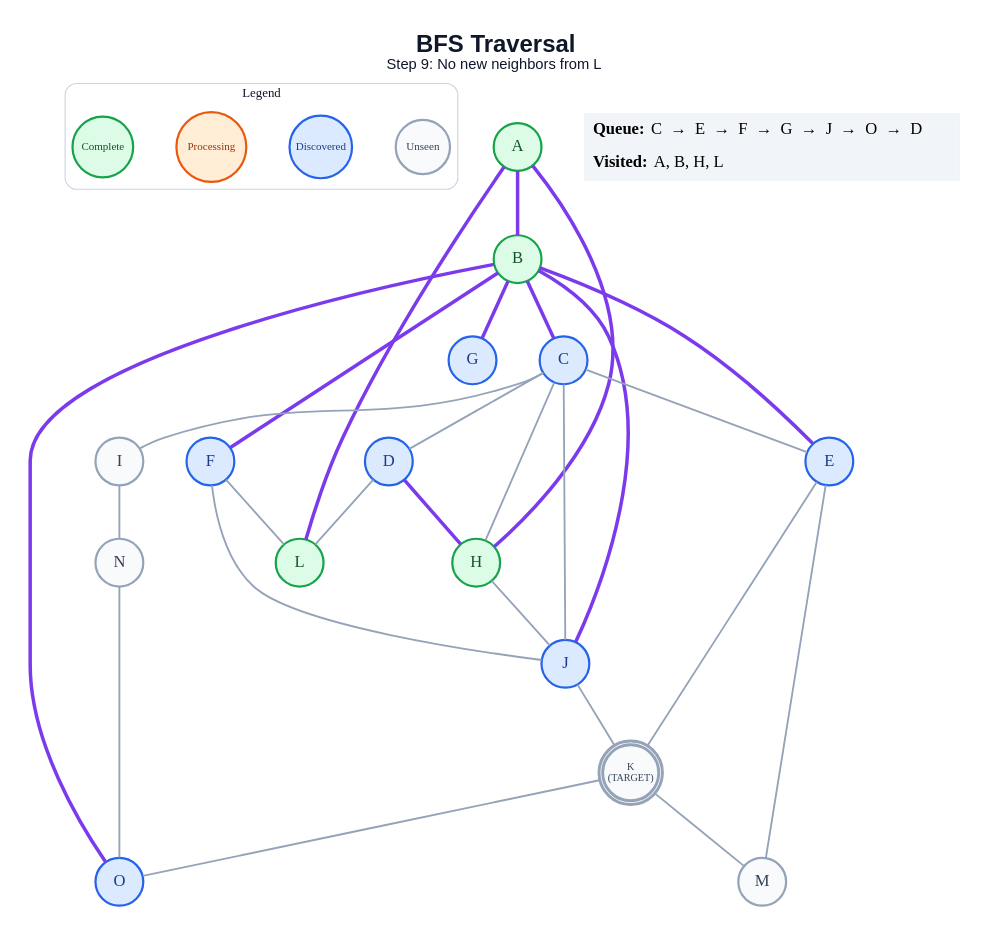
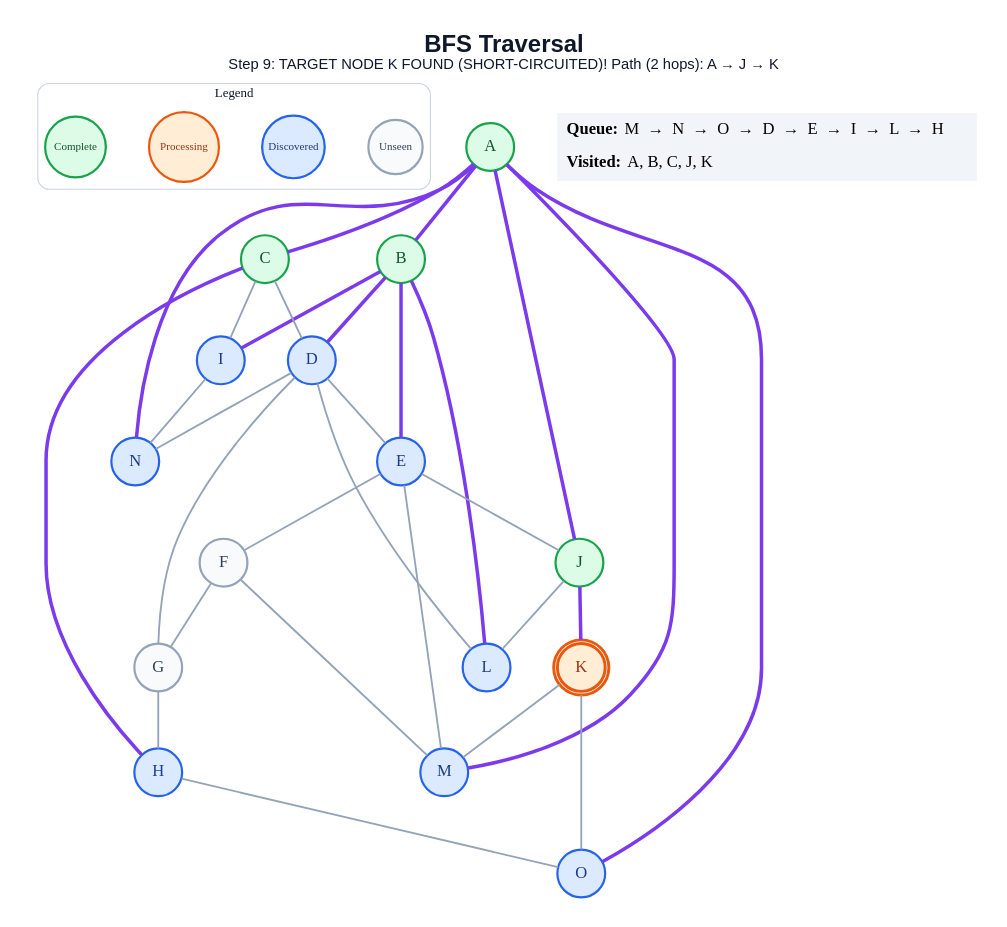
Before and after one commit to anon7238593-create/ai-slop: the diagram in generated/short-circuit/bfs/step_09.dot, drawn with Graphviz. The commit also changed 303 other files, not shown here.

```diff
--- a/generated/short-circuit/bfs/step_09.dot
+++ b/generated/short-circuit/bfs/step_09.dot
@@ -1,60 +1,63 @@
 graph traversal {
   graph [layout=dot, rankdir=TB, bgcolor="#FFFFFF", pad="0.35", nodesep="0.65", ranksep="0.8", fontname="Arial"];
   node [shape=circle, style="filled", fontname="Arial Bold", fontsize=18, width=0.72, fixedsize=true, penwidth=2.4];
   edge [color="#94A3B8", penwidth=2.0];
-  label=<<B>BFS Traversal</B><BR/><FONT POINT-SIZE="16">Step 9: No new neighbors from L</FONT>>; labelloc="t"; fontsize=26; fontname="Arial"; fontcolor="#0F172A";
+  label=<<B>BFS Traversal</B><BR/><FONT POINT-SIZE="16">Step 9: TARGET NODE K FOUND (SHORT-CIRCUITED)! Path (2 hops): A → J → K</FONT>>; labelloc="t"; fontsize=26; fontname="Arial"; fontcolor="#0F172A";
   subgraph cluster_legend { label="Legend"; color="#CBD5E1"; penwidth=1.2; style="rounded"; fontsize=14; fontname="Arial Bold";
     key_unseen [label="Unseen", fillcolor="#F8FAFC", color="#94A3B8", fontcolor="#334155", fontsize=12, width=0.82];
     key_frontier [label="Discovered", fillcolor="#DBEAFE", color="#2563EB", fontcolor="#1E3A8A", fontsize=12, width=0.95];
     key_current [label="Processing", fillcolor="#FFEDD5", color="#EA580C", fontcolor="#9A3412", fontsize=12, width=1.05];
     key_done [label="Complete", fillcolor="#DCFCE7", color="#16A34A", fontcolor="#14532D", fontsize=12, width=0.92];
     { rank=same; key_unseen; key_frontier; key_current; key_done; }
   }
   A [label="A", fillcolor="#DCFCE7", color="#16A34A", fontcolor="#14532D", peripheries=1, penwidth=2.4];
   B [label="B", fillcolor="#DCFCE7", color="#16A34A", fontcolor="#14532D", peripheries=1, penwidth=2.4];
-  C [label="C", fillcolor="#DBEAFE", color="#2563EB", fontcolor="#1E3A8A", peripheries=1, penwidth=2.4];
+  C [label="C", fillcolor="#DCFCE7", color="#16A34A", fontcolor="#14532D", peripheries=1, penwidth=2.4];
   D [label="D", fillcolor="#DBEAFE", color="#2563EB", fontcolor="#1E3A8A", peripheries=1, penwidth=2.4];
   E [label="E", fillcolor="#DBEAFE", color="#2563EB", fontcolor="#1E3A8A", peripheries=1, penwidth=2.4];
-  F [label="F", fillcolor="#DBEAFE", color="#2563EB", fontcolor="#1E3A8A", peripheries=1, penwidth=2.4];
-  G [label="G", fillcolor="#DBEAFE", color="#2563EB", fontcolor="#1E3A8A", peripheries=1, penwidth=2.4];
-  H [label="H", fillcolor="#DCFCE7", color="#16A34A", fontcolor="#14532D", peripheries=1, penwidth=2.4];
-  I [label="I", fillcolor="#F8FAFC", color="#94A3B8", fontcolor="#334155", peripheries=1, penwidth=2.4];
-  J [label="J", fillcolor="#DBEAFE", color="#2563EB", fontcolor="#1E3A8A", peripheries=1, penwidth=2.4];
-  K [label="K\n(TARGET)", fillcolor="#F8FAFC", color="#94A3B8", fontcolor="#334155", peripheries=2, penwidth=3.2, fontsize=11, width=0.85, height=0.85];
-  L [label="L", fillcolor="#DCFCE7", color="#16A34A", fontcolor="#14532D", peripheries=1, penwidth=2.4];
-  M [label="M", fillcolor="#F8FAFC", color="#94A3B8", fontcolor="#334155", peripheries=1, penwidth=2.4];
-  N [label="N", fillcolor="#F8FAFC", color="#94A3B8", fontcolor="#334155", peripheries=1, penwidth=2.4];
+  F [label="F", fillcolor="#F8FAFC", color="#94A3B8", fontcolor="#334155", peripheries=1, penwidth=2.4];
+  G [label="G", fillcolor="#F8FAFC", color="#94A3B8", fontcolor="#334155", peripheries=1, penwidth=2.4];
+  H [label="H", fillcolor="#DBEAFE", color="#2563EB", fontcolor="#1E3A8A", peripheries=1, penwidth=2.4];
+  I [label="I", fillcolor="#DBEAFE", color="#2563EB", fontcolor="#1E3A8A", peripheries=1, penwidth=2.4];
+  J [label="J", fillcolor="#DCFCE7", color="#16A34A", fontcolor="#14532D", peripheries=1, penwidth=2.4];
+  K [label="K", fillcolor="#FFEDD5", color="#EA580C", fontcolor="#9A3412", peripheries=2, penwidth=3.2];
+  L [label="L", fillcolor="#DBEAFE", color="#2563EB", fontcolor="#1E3A8A", peripheries=1, penwidth=2.4];
+  M [label="M", fillcolor="#DBEAFE", color="#2563EB", fontcolor="#1E3A8A", peripheries=1, penwidth=2.4];
+  N [label="N", fillcolor="#DBEAFE", color="#2563EB", fontcolor="#1E3A8A", peripheries=1, penwidth=2.4];
   O [label="O", fillcolor="#DBEAFE", color="#2563EB", fontcolor="#1E3A8A", peripheries=1, penwidth=2.4];
   A -- B [color="#7C3AED", penwidth=3.8];
-  A -- H [color="#7C3AED", penwidth=3.8];
-  A -- L [color="#7C3AED", penwidth=3.8];
-  B -- C [color="#7C3AED", penwidth=3.8];
+  A -- C [color="#7C3AED", penwidth=3.8];
+  A -- J [color="#7C3AED", penwidth=3.8];
+  A -- M [color="#7C3AED", penwidth=3.8];
+  A -- N [color="#7C3AED", penwidth=3.8];
+  A -- O [color="#7C3AED", penwidth=3.8];
+  B -- D [color="#7C3AED", penwidth=3.8];
   B -- E [color="#7C3AED", penwidth=3.8];
-  B -- F [color="#7C3AED", penwidth=3.8];
-  B -- G [color="#7C3AED", penwidth=3.8];
-  B -- J [color="#7C3AED", penwidth=3.8];
-  B -- O [color="#7C3AED", penwidth=3.8];
+  B -- I [color="#7C3AED", penwidth=3.8];
+  B -- L [color="#7C3AED", penwidth=3.8];
   C -- D;
-  C -- E;
-  C -- H;
+  C -- H [color="#7C3AED", penwidth=3.8];
   C -- I;
-  C -- J;
-  D -- H [color="#7C3AED", penwidth=3.8];
+  D -- E;
+  D -- G;
   D -- L;
-  E -- K;
+  D -- N;
+  E -- F;
+  E -- J;
   E -- M;
-  F -- J;
-  F -- L;
-  H -- J;
+  F -- G;
+  F -- M;
+  G -- H;
+  H -- O;
   I -- N;
-  J -- K;
+  J -- K [color="#7C3AED", penwidth=3.8];
+  J -- L;
   K -- M;
   K -- O;
-  N -- O;
   status [shape=plain, fixedsize=false, width=0, height=0, margin=0, label=<
     <TABLE BORDER="0" CELLBORDER="0" CELLPADDING="7" BGCOLOR="#F1F5F9">
-      <TR><TD ALIGN="LEFT"><B>Queue:</B> C  →  E  →  F  →  G  →  J  →  O  →  D</TD></TR>
-      <TR><TD ALIGN="LEFT"><B>Visited:</B> A, B, H, L</TD></TR>
+      <TR><TD ALIGN="LEFT"><B>Queue:</B> M  →  N  →  O  →  D  →  E  →  I  →  L  →  H</TD></TR>
+      <TR><TD ALIGN="LEFT"><B>Visited:</B> A, B, C, J, K</TD></TR>
     </TABLE>
   >];
 }
```
